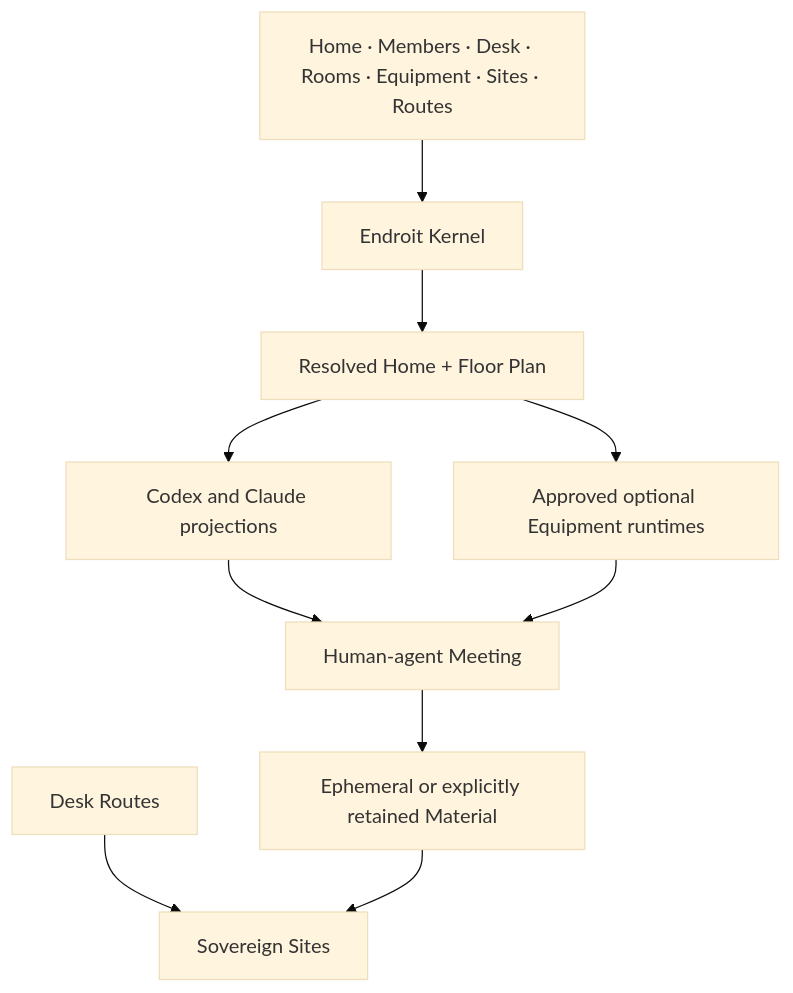
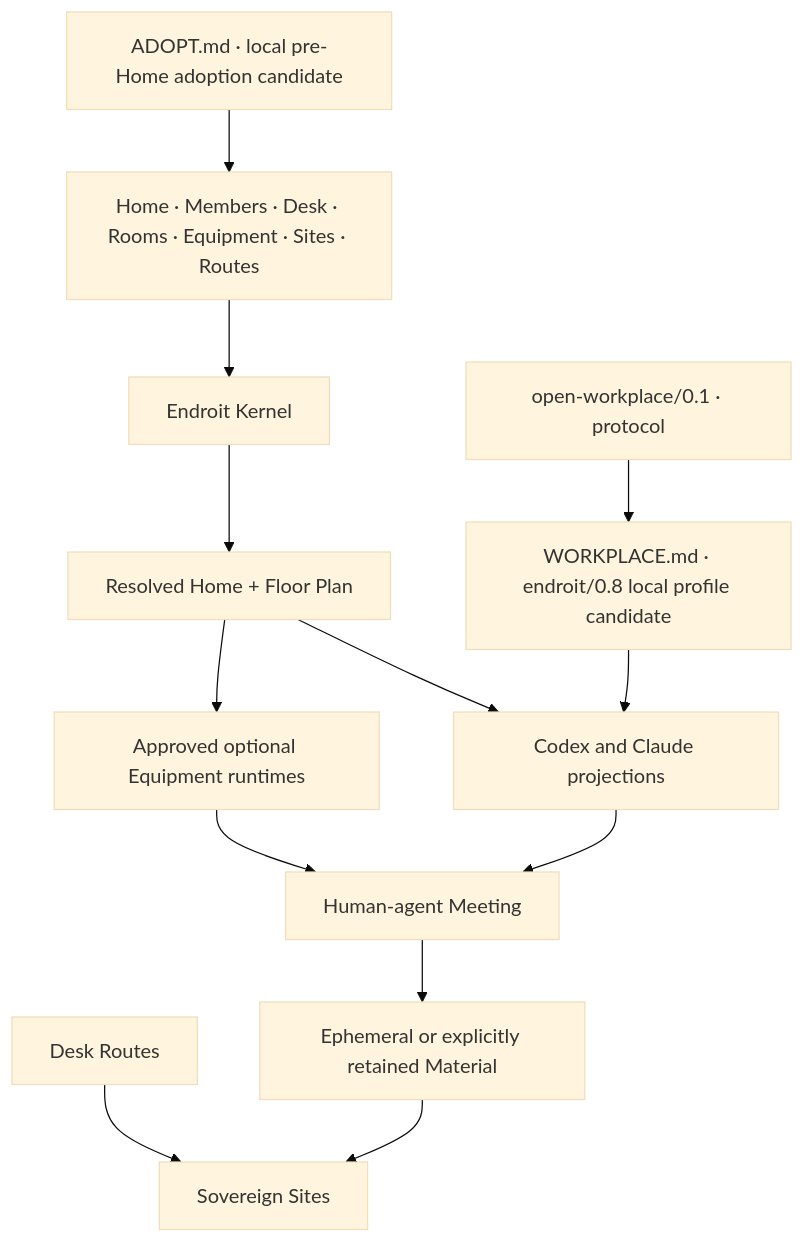
Before and after one commit to thevzion/endroit: the diagram in docs/architecture.md, drawn with Mermaid (base theme). The commit also changed other lines of this file and 8 other files, not shown here.

Commit message:
docs: define the Endroit workplace profile

````diff
--- a/docs/architecture.md
+++ b/docs/architecture.md
@@ -9,12 +9,15 @@
 ```mermaid
 flowchart TD
+  adopt["ADOPT.md · local pre-Home adoption candidate"] --> sources
   sources["Home · Members · Desk · Rooms · Equipment · Sites · Routes"] --> kernel["Endroit Kernel"]
   kernel --> plan["Resolved Home + Floor Plan"]
   plan --> projections["Codex and Claude projections"]
+  upstream["open-workplace/0.1 · protocol"] --> protocol["WORKPLACE.md · endroit/0.8 local profile candidate"]
+  protocol --> projections
   plan --> runtime["Approved optional Equipment runtimes"]
   desk["Desk Routes"] --> sites["Sovereign Sites"]
   projections --> meeting["Human-agent Meeting"]
   runtime --> meeting
   meeting --> material["Ephemeral or explicitly retained Material"]
   material --> sites
 ```
````
